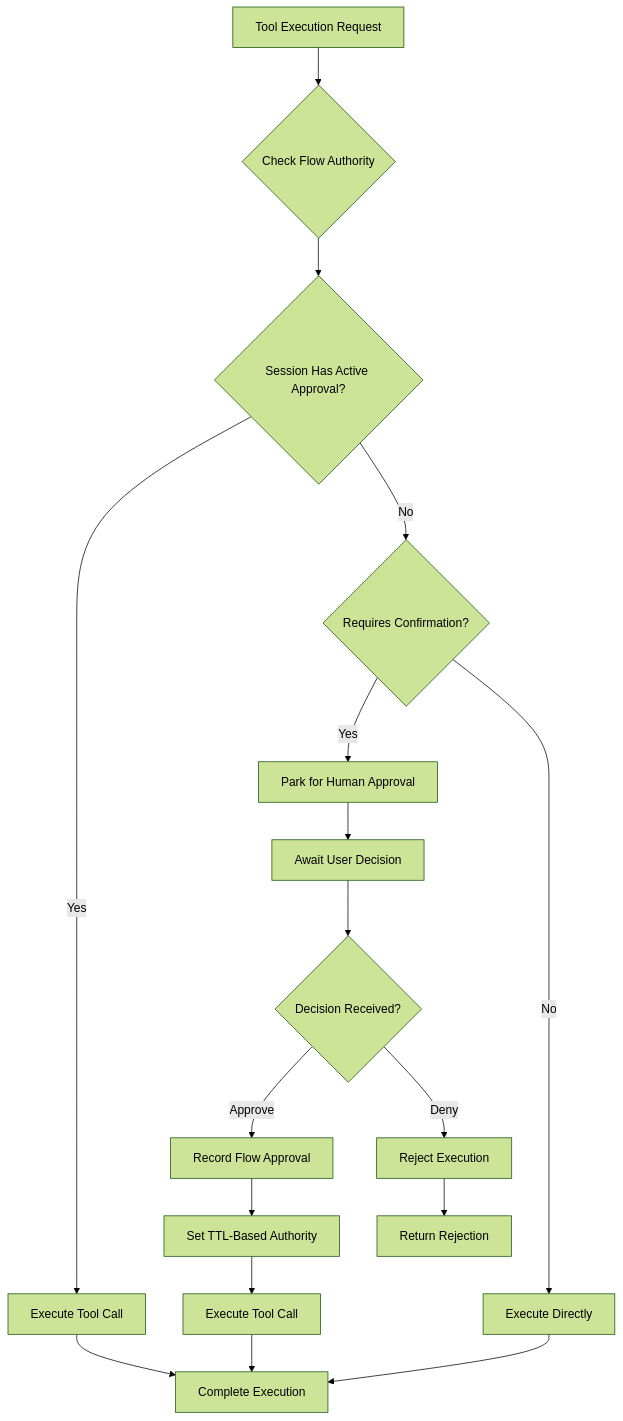
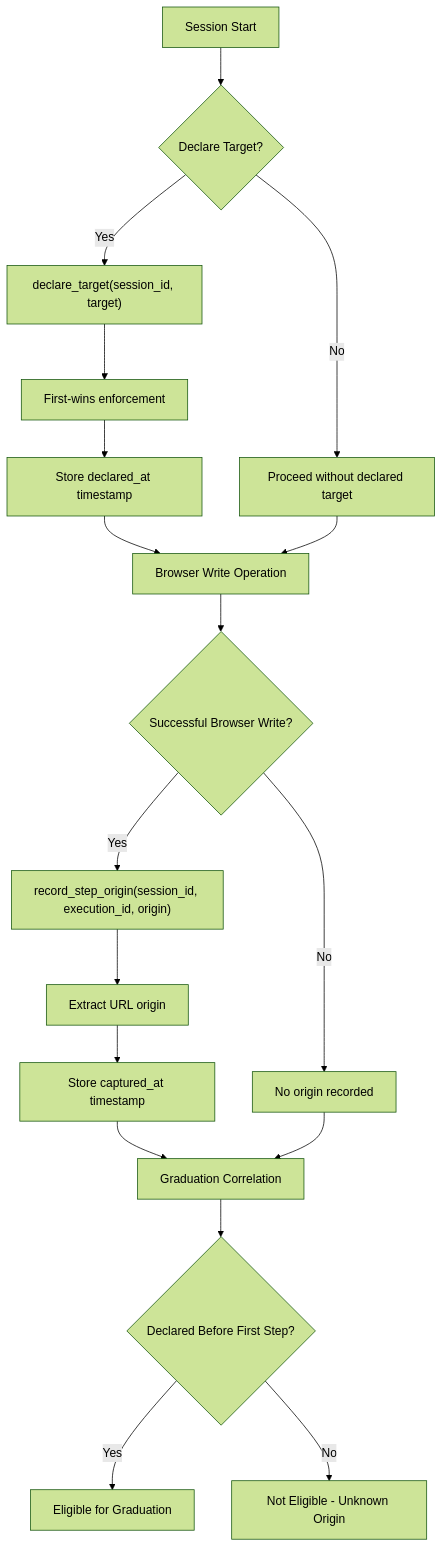
One commit to metasync/luban-aiops changed the fifth of 41 diagrams in .qoder/repowiki/en/content/Agent Platform Service/Agent Platform Service.md. Above: the diagram before and after it, drawn with Mermaid (forest theme). The commit also changed other lines of this file and 48 other files, not shown here.

````diff
--- a/.qoder/repowiki/en/content/Agent Platform Service/Agent Platform Service.md
+++ b/.qoder/repowiki/en/content/Agent Platform Service/Agent Platform Service.md
@@ -739,19 +850,20 @@
 ```mermaid
 flowchart TD
-A["Tool Execution Request"] --> B{"Check Flow Authority"}
-B --> C{"Session Has Active Approval?"}
-C --> |Yes| D["Execute Tool Call"]
-C --> |No| E{"Requires Confirmation?"}
-E --> |Yes| F["Park for Human Approval"]
-E --> |No| G["Execute Directly"]
-F --> H["Await User Decision"]
-H --> I{"Decision Received?"}
-I --> |Approve| J["Record Flow Approval"]
-I --> |Deny| K["Reject Execution"]
-J --> L["Set TTL-Based Authority"]
-L --> M["Execute Tool Call"]
-D --> N["Complete Execution"]
-G --> N
-K --> O["Return Rejection"]
-M --> N
+A["Session Start"] --> B{"Declare Target?"}
+B --> |Yes| C["declare_target(session_id, target)"]
+C --> D["First-wins enforcement"]
+D --> E["Store declared_at timestamp"]
+B --> |No| F["Proceed without declared target"]
+E --> G["Browser Write Operation"]
+F --> G
+G --> H{"Successful Browser Write?"}
+H --> |Yes| I["record_step_origin(session_id, execution_id, origin)"]
+I --> J["Extract URL origin"]
+J --> K["Store captured_at timestamp"]
+H --> |No| L["No origin recorded"]
+K --> M["Graduation Correlation"]
+L --> M
+M --> N{"Declared Before First Step?"}
+N --> |Yes| O["Eligible for Graduation"]
+N --> |No| P["Not Eligible - Unknown Origin"]
 ```
````
